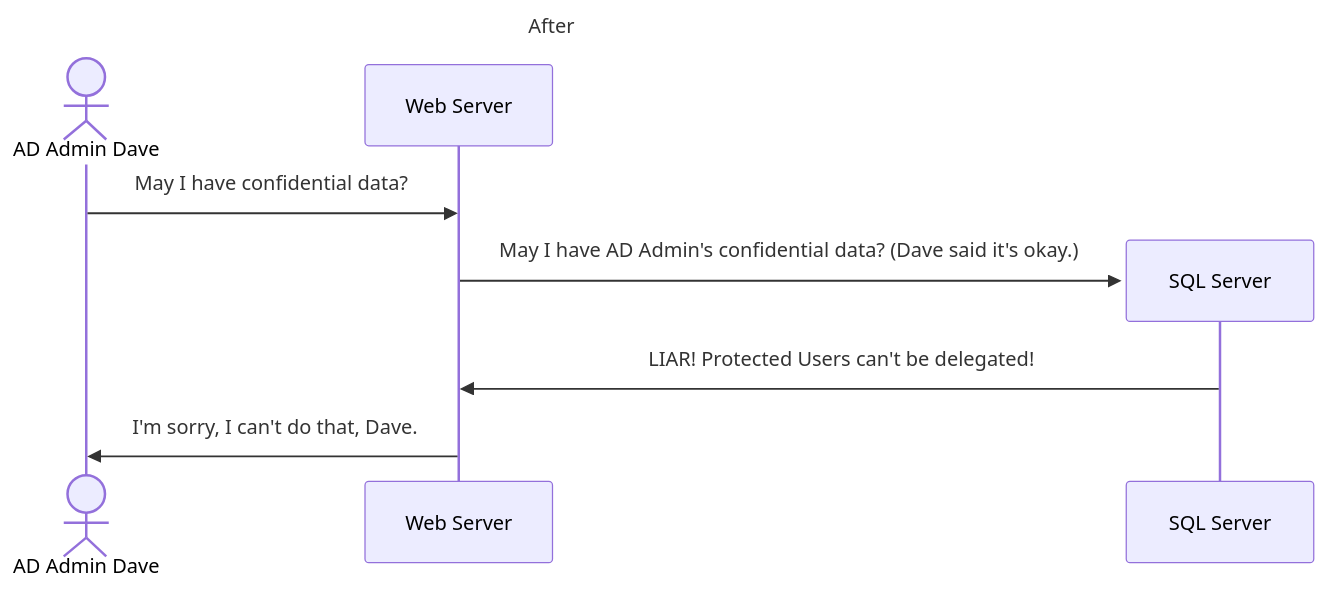
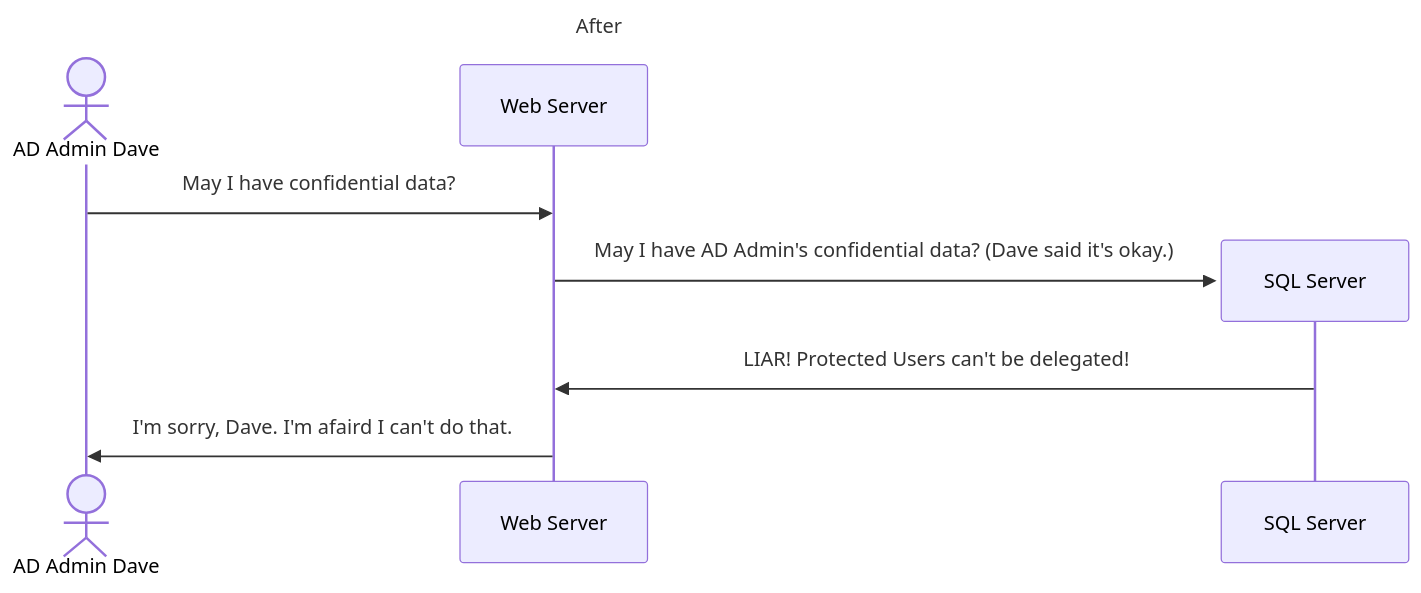
The second of 2 diagrams in diagrams/NoDelegation.md (TrimarcJake/pug-snippets), drawn with Mermaid before and after one commit.

Commit message:
Fixed quote.

````diff
--- a/diagrams/NoDelegation.md
+++ b/diagrams/NoDelegation.md
@@ -14,12 +14,12 @@
 ``` mermaid
 ---
 title: After
 ---
 sequenceDiagram
   actor AD Admin Dave
   AD Admin Dave ->> Web Server: May I have confidential data?
   create participant SQL Server
   Web Server ->> SQL Server: May I have AD Admin's confidential data? (Dave said it's okay.)
   SQL Server ->> Web Server: LIAR! Protected Users can't be delegated!
-  Web Server ->> AD Admin Dave: I'm sorry, I can't do that, Dave.
+  Web Server ->> AD Admin Dave: I'm sorry, Dave. I'm afaird I can't do that.
 ```
````
